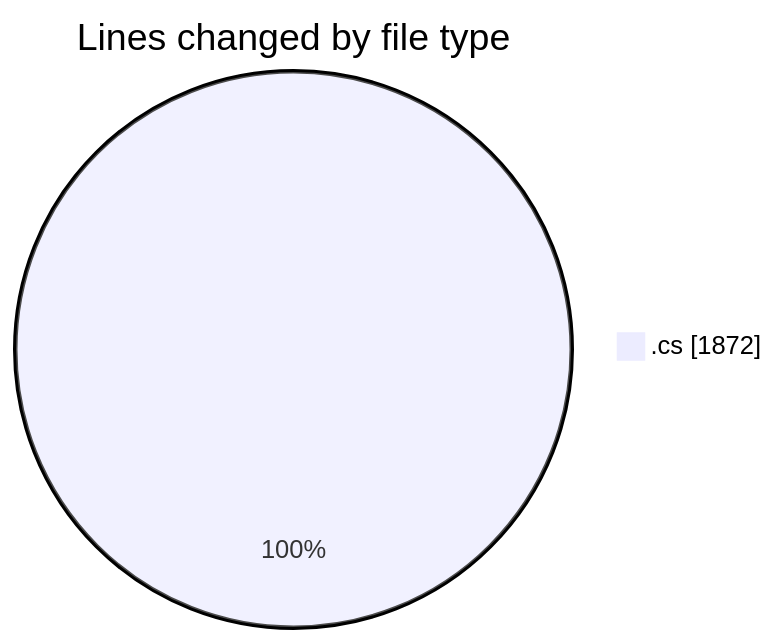
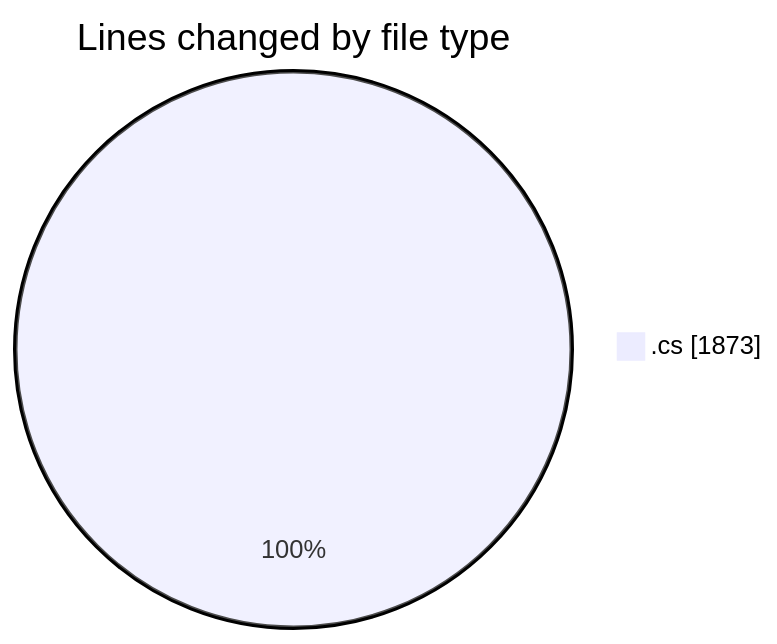
One commit to Netris89/code-tracking changed the first of 2 diagrams in 2025-03-26/back-end/README.md. Above: the diagram before and after it, drawn with Mermaid. The commit also changed other lines of this file and 1 other file, not shown here.

````diff
--- a/2025-03-26/back-end/README.md
+++ b/2025-03-26/back-end/README.md
@@ -36,5 +36,5 @@
 ```mermaid
 pie showData
 title Lines changed by file type
-".cs" : 1872
+".cs" : 1873
 ```
````
